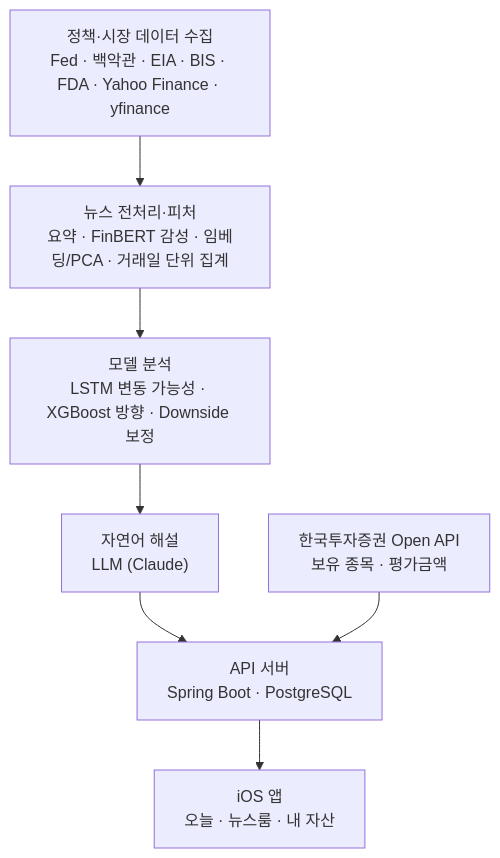
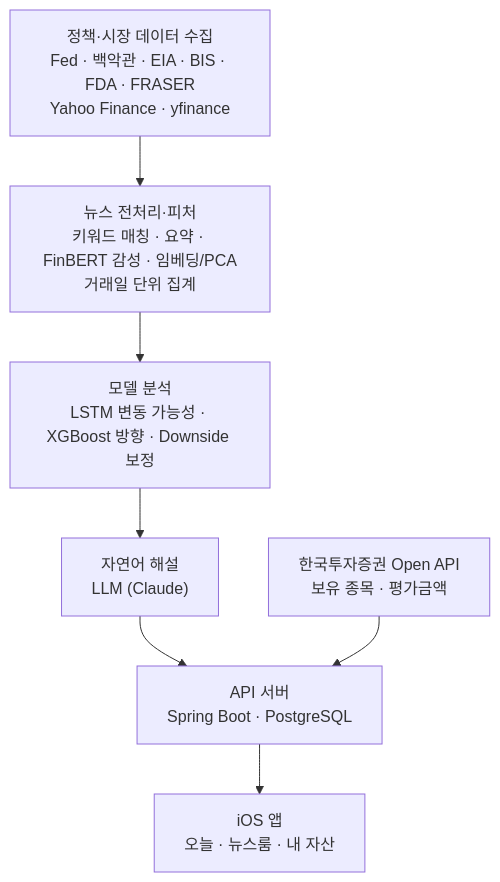
The first of 2 diagrams in profile/README.md (Holdings-lab/.github), drawn with Mermaid before and after one commit. The commit also changed other lines of this file and 2 other files, not shown here.

````diff
--- a/profile/README.md
+++ b/profile/README.md
@@ -37,9 +57,9 @@
 ```mermaid
 flowchart TD
-  A["정책·시장 데이터 수집<br/>Fed · 백악관 · EIA · BIS · FDA · Yahoo Finance · yfinance"] --> B["뉴스 전처리·피처<br/>요약 · FinBERT 감성 · 임베딩/PCA · 거래일 단위 집계"]
+  A["정책·시장 데이터 수집<br/>Fed · 백악관 · EIA · BIS · FDA · FRASER<br/>Yahoo Finance · yfinance"] --> B["뉴스 전처리·피처<br/>키워드 매칭 · 요약 · FinBERT 감성 · 임베딩/PCA<br/>거래일 단위 집계"]
   B --> C["모델 분석<br/>LSTM 변동 가능성 · XGBoost 방향 · Downside 보정"]
   C --> D["자연어 해설<br/>LLM (Claude)"]
   D --> E["API 서버<br/>Spring Boot · PostgreSQL"]
   K["한국투자증권 Open API<br/>보유 종목 · 평가금액"] --> E
   E --> F["iOS 앱<br/>오늘 · 뉴스룸 · 내 자산"]
 ```
````
